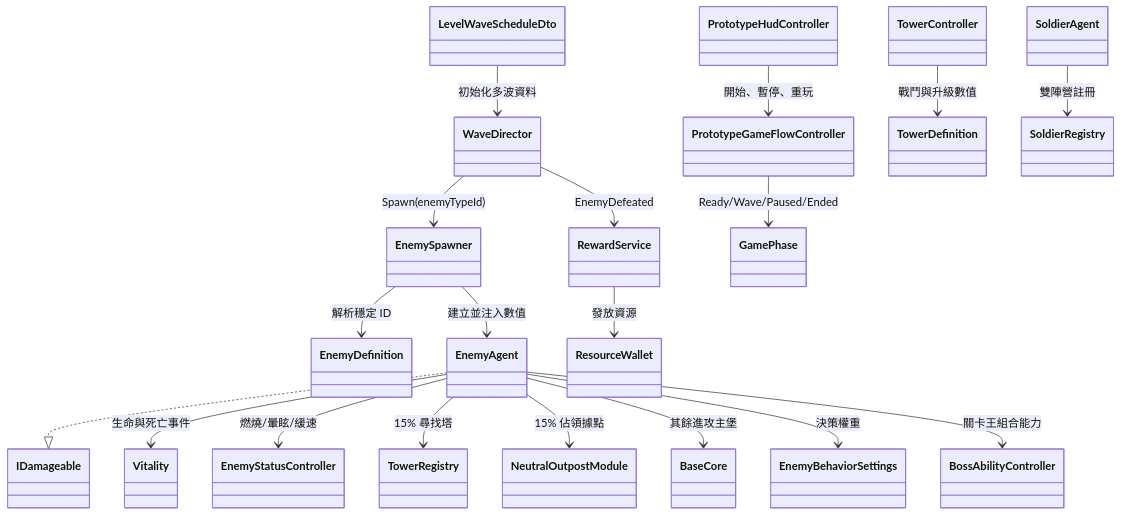
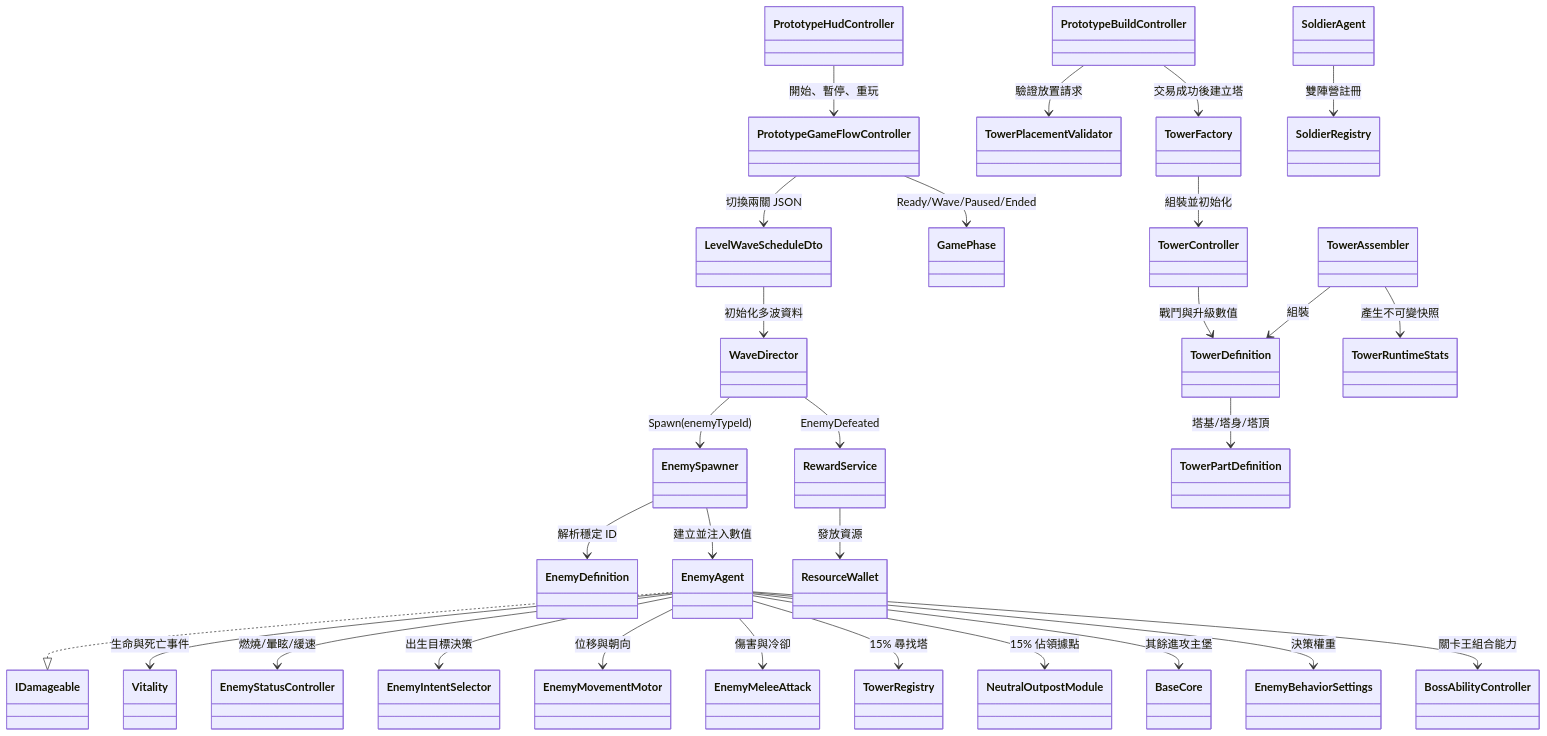
The fifth of 5 diagrams in Ref/開發規劃.md (qwillie64/TowerDefense), drawn with Mermaid before and after one commit. The commit also changed other lines of this file and 72 other files, not shown here.

````diff
--- a/Ref/開發規劃.md
+++ b/Ref/開發規劃.md
@@ -818,21 +828,31 @@
 ```mermaid
 classDiagram
     LevelWaveScheduleDto --> WaveDirector : 初始化多波資料
     WaveDirector --> EnemySpawner : Spawn(enemyTypeId)
     EnemySpawner --> EnemyDefinition : 解析穩定 ID
     EnemySpawner --> EnemyAgent : 建立並注入數值
     EnemyAgent ..|> IDamageable
     EnemyAgent --> Vitality : 生命與死亡事件
     EnemyAgent --> EnemyStatusController : 燃燒/暈眩/緩速
+    EnemyAgent --> EnemyIntentSelector : 出生目標決策
+    EnemyAgent --> EnemyMovementMotor : 位移與朝向
+    EnemyAgent --> EnemyMeleeAttack : 傷害與冷卻
     EnemyAgent --> TowerRegistry : 15% 尋找塔
     EnemyAgent --> NeutralOutpostModule : 15% 佔領據點
     EnemyAgent --> BaseCore : 其餘進攻主堡
     PrototypeGameFlowController --> GamePhase : Ready/Wave/Paused/Ended
+    PrototypeGameFlowController --> LevelWaveScheduleDto : 切換兩關 JSON
     PrototypeHudController --> PrototypeGameFlowController : 開始、暫停、重玩
     WaveDirector --> RewardService : EnemyDefeated
     RewardService --> ResourceWallet : 發放資源
     TowerController --> TowerDefinition : 戰鬥與升級數值
+    TowerDefinition --> TowerPartDefinition : 塔基/塔身/塔頂
+    TowerAssembler --> TowerDefinition : 組裝
+    TowerAssembler --> TowerRuntimeStats : 產生不可變快照
+    PrototypeBuildController --> TowerPlacementValidator : 驗證放置請求
+    PrototypeBuildController --> TowerFactory : 交易成功後建立塔
+    TowerFactory --> TowerController : 組裝並初始化
     SoldierAgent --> SoldierRegistry : 雙陣營註冊
     EnemyAgent --> EnemyBehaviorSettings : 決策權重
     EnemyAgent --> BossAbilityController : 關卡王組合能力
 ```
````
